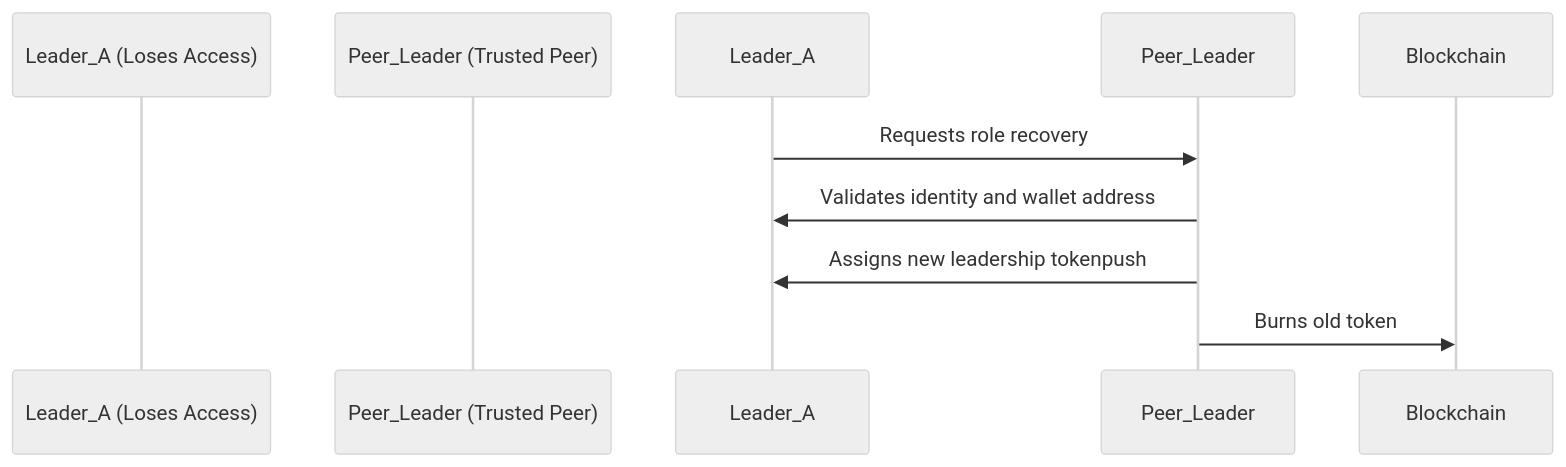
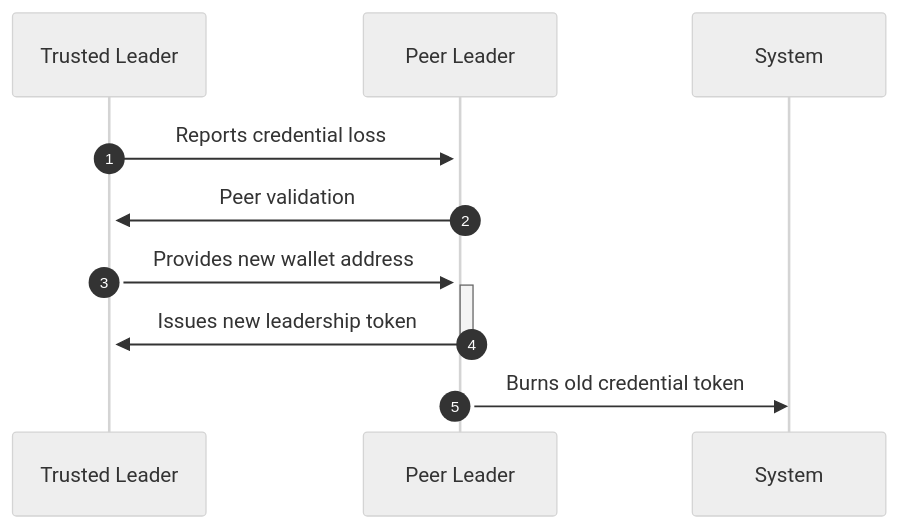
One commit to syntro-fi/refunite-network changed the second of 2 diagrams in README.md. Above: the diagram before and after it, drawn with Mermaid (neutral theme). The commit also changed other lines of this file, not shown here.

Commit message:
chore(md): update mermaid diagrams

````diff
--- a/README.md
+++ b/README.md
@@ -85,9 +89,9 @@
 ```mermaid
 sequenceDiagram
-    participant Leader_A (Loses Access)
-    participant Peer_Leader (Trusted Peer)
-    Leader_A->>Peer_Leader: Requests role recovery
-    Peer_Leader->>Leader_A: Validates identity and wallet address
-    Peer_Leader->>Leader_A: Assigns new leadership tokenpush
-    Peer_Leader->>Blockchain: Burns old token
+    autonumber
+    Trusted Leader->>+Peer Leader: Reports credential loss
+    Peer Leader->>+Trusted Leader: Peer validation
+    Trusted Leader->>+Peer Leader: Provides new wallet address
+    Peer Leader->>-Trusted Leader: Issues new leadership token
+    Peer Leader->>System: Burns old credential token
 ```
````
